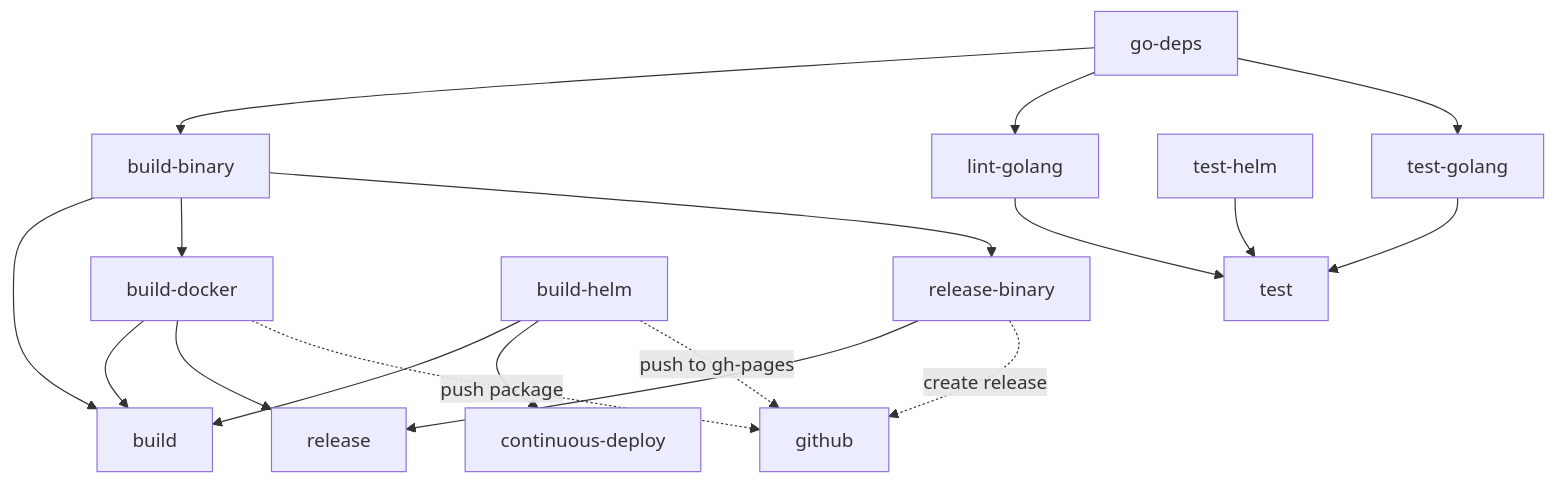
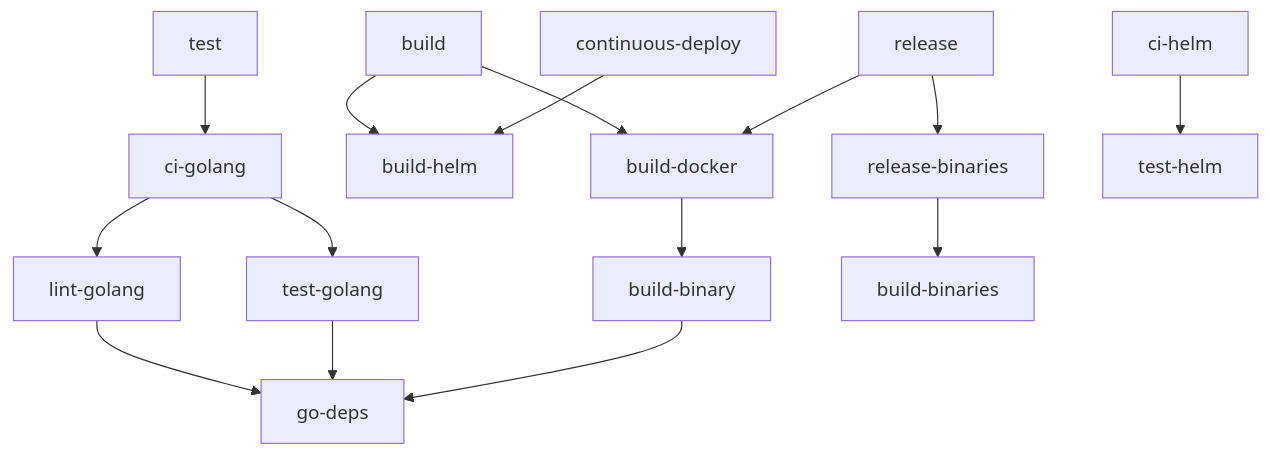
The diagram in Earthfile.md (weaveworks/prom-aggregation-gateway), drawn with Mermaid before and after one commit. The commit also changed 6 other files, not shown here.

````diff
--- a/Earthfile.md
+++ b/Earthfile.md
@@ -1,25 +1,17 @@
 ```mermaid
 graph TD
-    lint-golang --> test
-    test-golang --> test
-    test-helm --> test
-    
-    build-binary --> build
-    build-docker --> build
-    build-helm --> build
-    
-    build-binary --> build-docker
-    release-binary --> release
-    release-binary -.create release.-> github
-    build-docker --> release
-    build-docker -.push package.-> github
-    
-    build-binary --> release-binary
-
-    build-helm --> continuous-deploy
-    build-helm -.push to gh-pages.-> github
-    
-    go-deps --> build-binary
-    go-deps --> lint-golang
-    go-deps --> test-golang
+        build --> build-docker
+        build --> build-helm
+        build-docker --> build-binary
+        continuous-deploy --> build-helm
+        lint-golang --> go-deps
+        test-golang --> go-deps
+        test --> ci-golang
+        release --> build-docker
+        release --> release-binaries
+        build-binary --> go-deps
+        ci-golang --> lint-golang
+        ci-golang --> test-golang
+        ci-helm --> test-helm
+        release-binaries --> build-binaries
 ```
````
